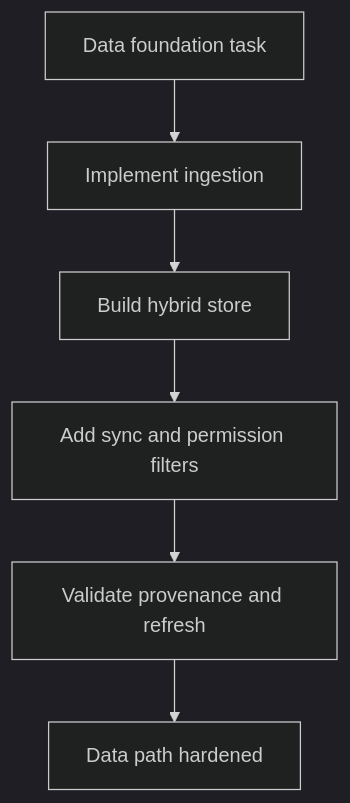
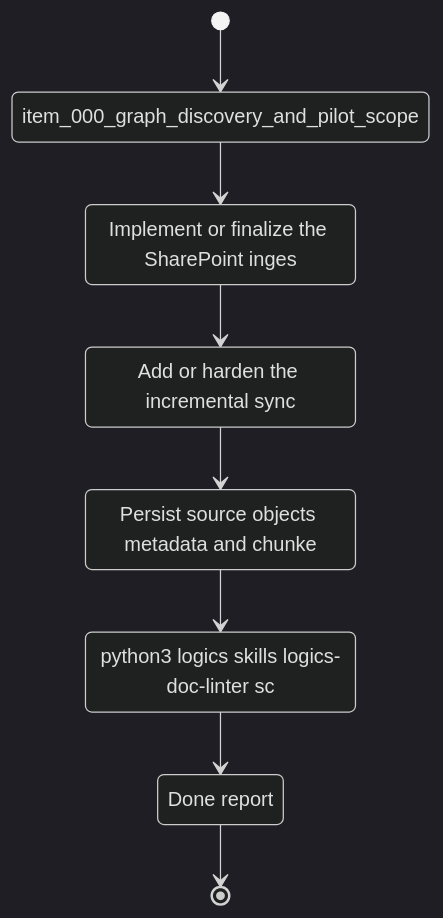
Before and after one commit to AlexAgo83/deepvault: the diagram in logics/tasks/task_002_ingestion_sync_and_retrieval_hardening.md, drawn with Mermaid (dark theme). The commit also changed other lines of this file and 28 other files, not shown here.

````diff
--- a/logics/tasks/task_002_ingestion_sync_and_retrieval_hardening.md
+++ b/logics/tasks/task_002_ingestion_sync_and_retrieval_hardening.md
@@ -17,9 +17,18 @@
 ```mermaid
+%% logics-kind: task
 %% logics-signature: task|ingestion-sync-and-retrieval-hardening|item-000-graph-discovery-and-pilot-scope|implement-or-finalize-the-sharepoint-ing|python3-logics-skills-logics-doc-linter-
-flowchart TD
-    Request[Data foundation task] --> Step1[Implement ingestion]
-    Step1 --> Step2[Build hybrid store]
-    Step2 --> Step3[Add sync and permission filters]
-    Step3 --> Validate[Validate provenance and refresh]
-    Validate --> Done[Data path hardened]
+stateDiagram-v2
+    state "item_000_graph_discovery_and_pilot_scope" as Backlog
+    state "Implement or finalize the SharePoint inges" as Scope
+    state "Add or harden the incremental sync" as Build
+    state "Persist source objects metadata and chunke" as Verify
+    state "python3 logics skills logics-doc-linter sc" as Validation
+    state "Done report" as Report
+    [*] --> Backlog
+    Backlog --> Scope
+    Scope --> Build
+    Build --> Verify
+    Verify --> Validation
+    Validation --> Report
+    Report --> [*]
 ```
````
